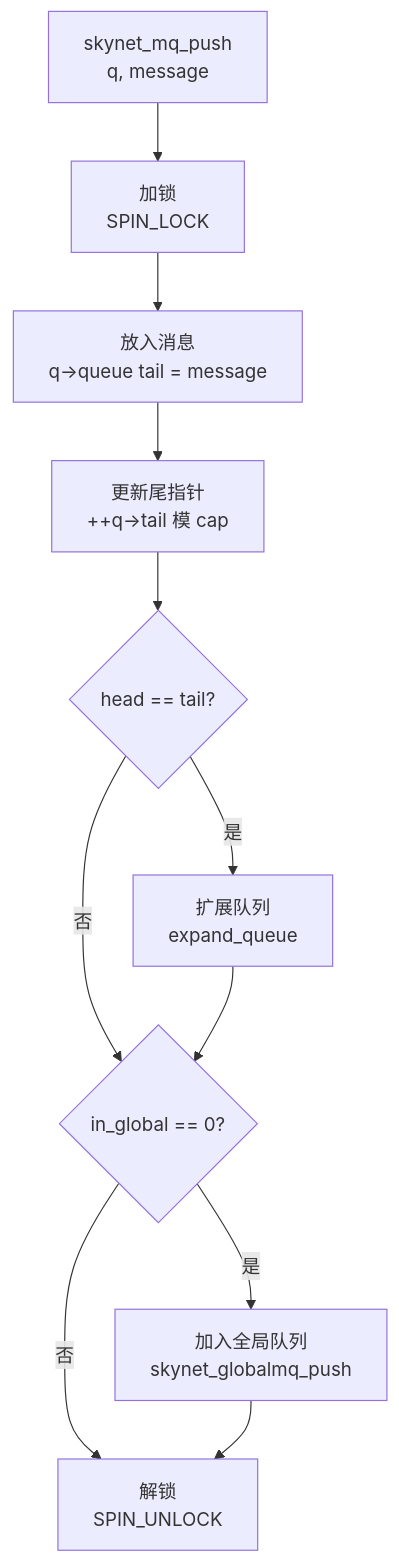
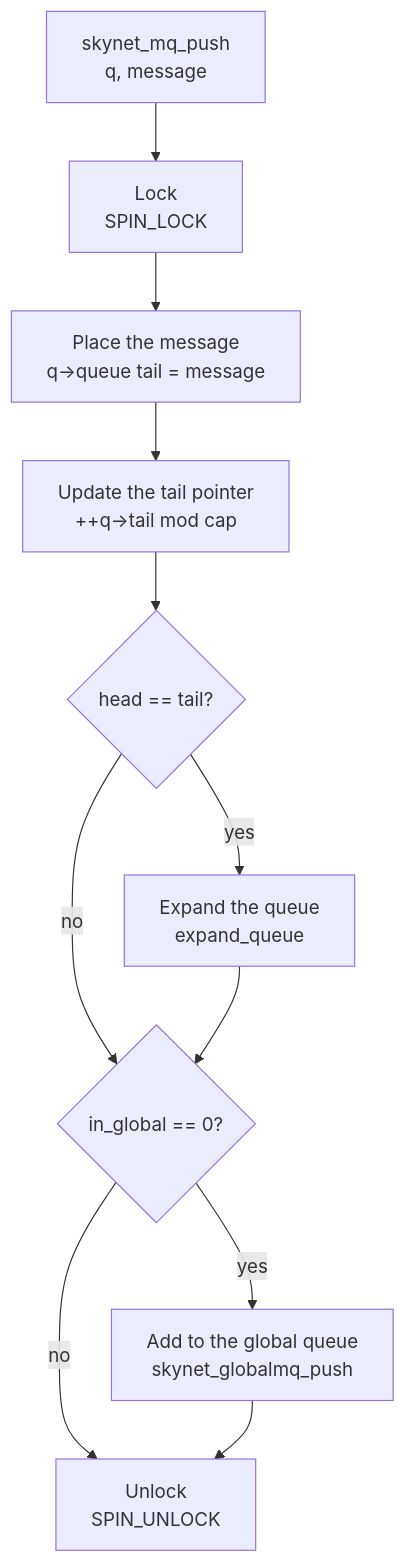
The second of 7 diagrams in docs/analysis/skynet-mq.md (cuihairu/skynet), drawn with Mermaid before and after one commit. The commit also changed other lines of this file and 86 other files, not shown here.

````diff
--- a/docs/analysis/skynet-mq.md
+++ b/docs/analysis/skynet-mq.md
@@ -201,15 +201,15 @@
 ```mermaid
 graph TB
-    Start[skynet_mq_push<br/>q, message] --> A[加锁<br/>SPIN_LOCK]
-    A --> B[放入消息<br/>q->queue tail = message]
-    B --> C[更新尾指针<br/>++q->tail 模 cap]
+    Start[skynet_mq_push<br/>q, message] --> A[Lock<br/>SPIN_LOCK]
+    A --> B[Place the message<br/>q->queue tail = message]
+    B --> C[Update the tail pointer<br/>++q->tail mod cap]
     C --> D{head == tail?}
     
-    D -->|是| E[扩展队列<br/>expand_queue]
-    D -->|否| F{in_global == 0?}
+    D -->|yes| E[Expand the queue<br/>expand_queue]
+    D -->|no| F{in_global == 0?}
     E --> F
     
-    F -->|是| G[加入全局队列<br/>skynet_globalmq_push]
-    F -->|否| H[解锁<br/>SPIN_UNLOCK]
+    F -->|yes| G[Add to the global queue<br/>skynet_globalmq_push]
+    F -->|no| H[Unlock<br/>SPIN_UNLOCK]
     G --> H
 ```
````
